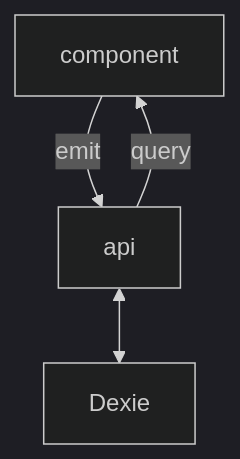
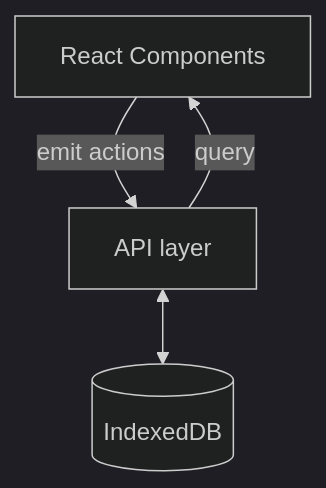
One commit to kresli/kanban changed the diagram in README.md. Above: the diagram before and after it, drawn with Mermaid (dark theme). The commit also changed other lines of this file and 2 other files, not shown here.

````diff
--- a/README.md
+++ b/README.md
@@ -1,7 +26,6 @@
 ```mermaid
 graph TD;
-component-->|emit|api
+component[React Components]-->|emit actions|api[API layer]
 api-->|query|component
-api<-->Dexie
-
+api<-->Dexie[(IndexedDB)]
 ```
````
